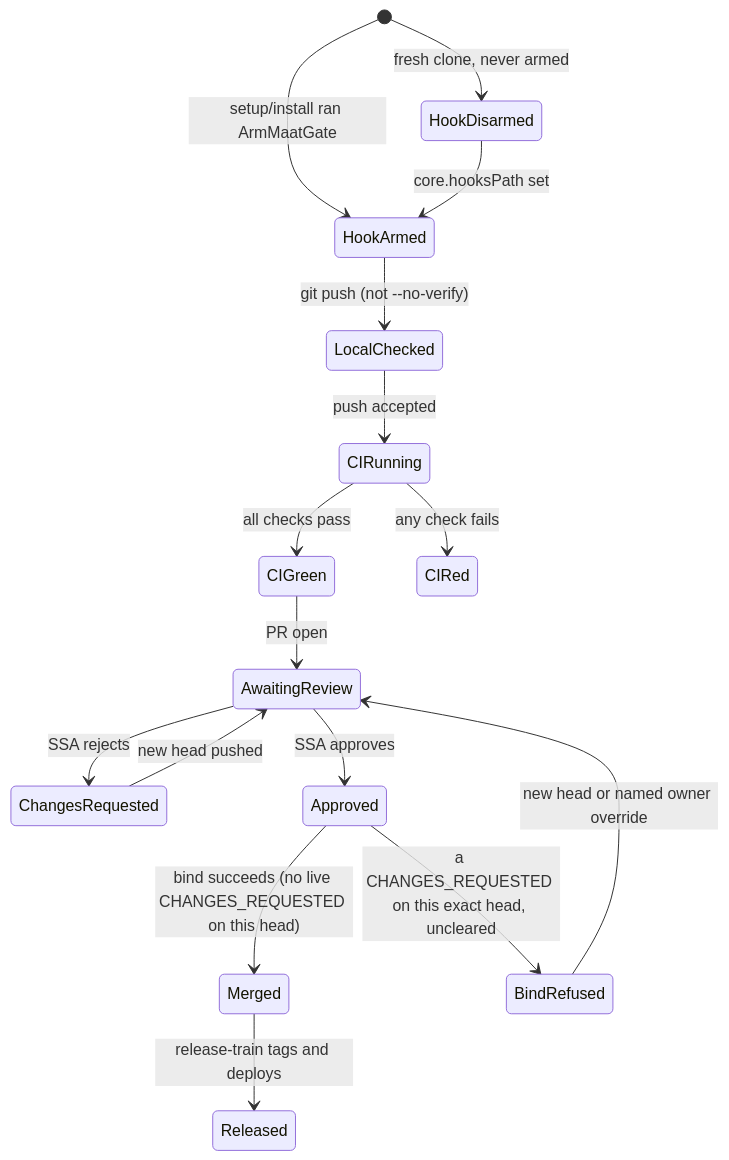
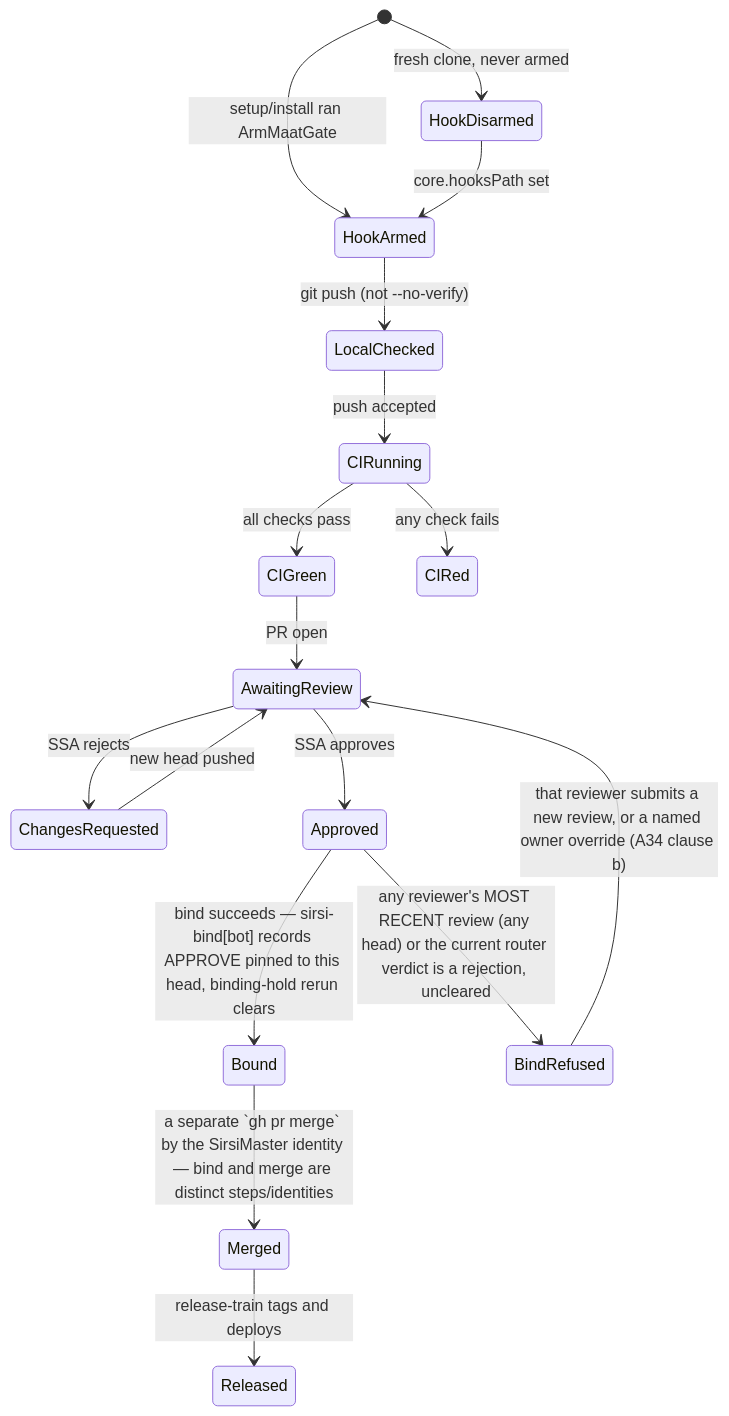
One commit to SirsiMaster/sirsi-pantheon changed the third of 3 diagrams in docs/stacklab/diagrams/RA-P18-maat-gate.md. Above: the diagram before and after it, drawn with Mermaid. The commit also changed other lines of this file, not shown here.

First line of the commit message:
fix(stacklab): correct RA-P18 diagram per codex-pantheon review

````diff
--- a/docs/stacklab/diagrams/RA-P18-maat-gate.md
+++ b/docs/stacklab/diagrams/RA-P18-maat-gate.md
@@ -57,18 +71,19 @@
 ```mermaid
 stateDiagram-v2
   [*] --> HookArmed: setup/install ran ArmMaatGate
   [*] --> HookDisarmed: fresh clone, never armed
   HookDisarmed --> HookArmed: core.hooksPath set
   HookArmed --> LocalChecked: git push (not --no-verify)
   LocalChecked --> CIRunning: push accepted
   CIRunning --> CIGreen: all checks pass
   CIRunning --> CIRed: any check fails
   CIGreen --> AwaitingReview: PR open
   AwaitingReview --> ChangesRequested: SSA rejects
   AwaitingReview --> Approved: SSA approves
   ChangesRequested --> AwaitingReview: new head pushed
-  Approved --> Merged: bind succeeds (no live CHANGES_REQUESTED on this head)
-  Approved --> BindRefused: a CHANGES_REQUESTED on this exact head, uncleared
-  BindRefused --> AwaitingReview: new head or named owner override
+  Approved --> Bound: bind succeeds — sirsi-bind[bot] records APPROVE pinned to this head, binding-hold rerun clears
+  Approved --> BindRefused: any reviewer's MOST RECENT review (any head) or the current router verdict is a rejection, uncleared
+  BindRefused --> AwaitingReview: that reviewer submits a new review, or a named owner override (A34 clause b)
+  Bound --> Merged: a separate `gh pr merge` by the SirsiMaster identity — bind and merge are distinct steps/identities
   Merged --> Released: release-train tags and deploys
 ```
````
